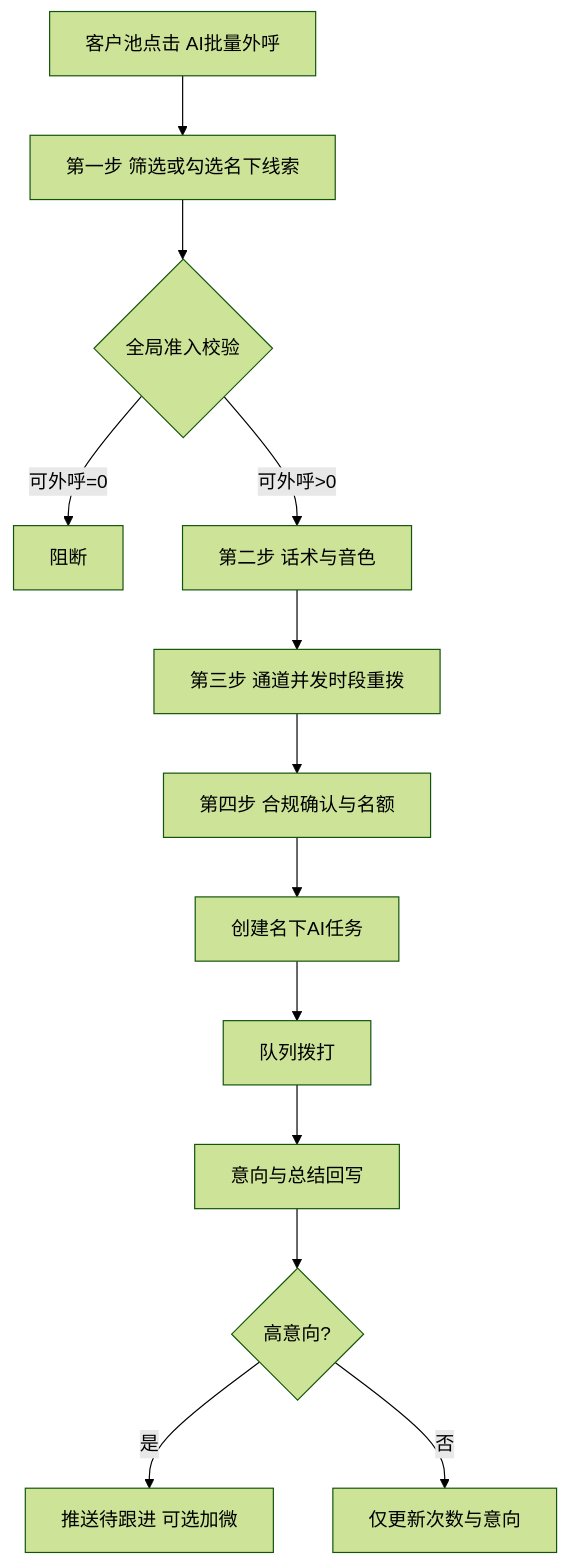
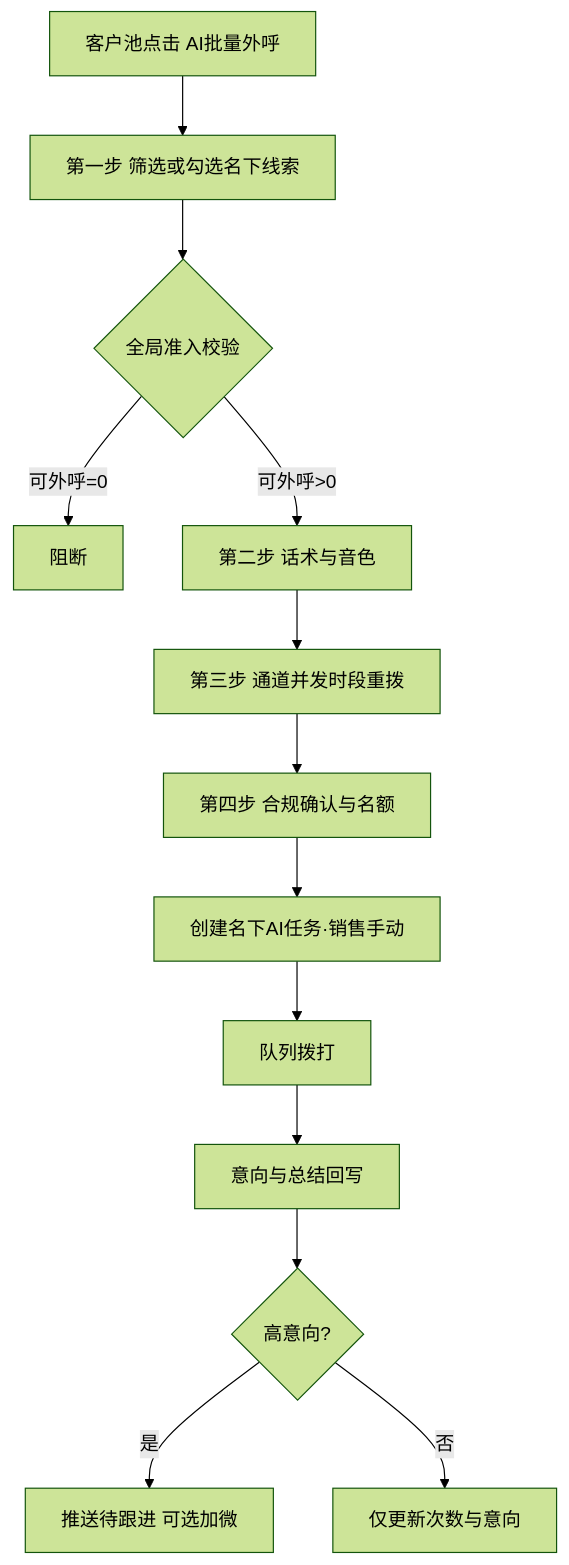
One commit to Leo-ai05/ai-crm-outbound-design changed the second of 4 diagrams in docs/scheme-b-system.md. Above: the diagram before and after it, drawn with Mermaid (forest theme). The commit also changed other lines of this file and 4 other files, not shown here.

````diff
--- a/docs/scheme-b-system.md
+++ b/docs/scheme-b-system.md
@@ -28,15 +60,15 @@
 ```mermaid
 flowchart TD
   A[客户池点击 AI批量外呼] --> B[第一步 筛选或勾选名下线索]
   B --> C{全局准入校验}
   C -->|可外呼=0| X[阻断]
   C -->|可外呼>0| D[第二步 话术与音色]
   D --> E[第三步 通道并发时段重拨]
   E --> F[第四步 合规确认与名额]
-  F --> G[创建名下AI任务]
+  F --> G[创建名下AI任务·销售手动]
   G --> H[队列拨打]
   H --> I[意向与总结回写]
   I --> J{高意向?}
   J -->|是| K[推送待跟进 可选加微]
   J -->|否| L[仅更新次数与意向]
 ```
````
